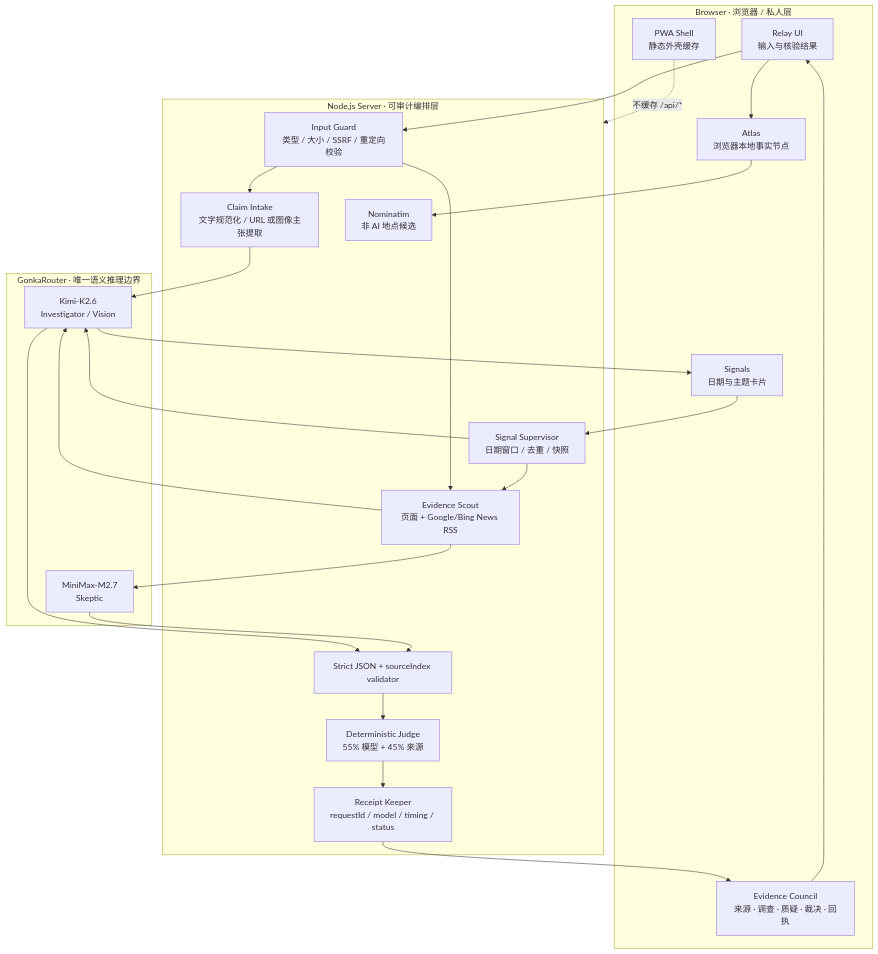
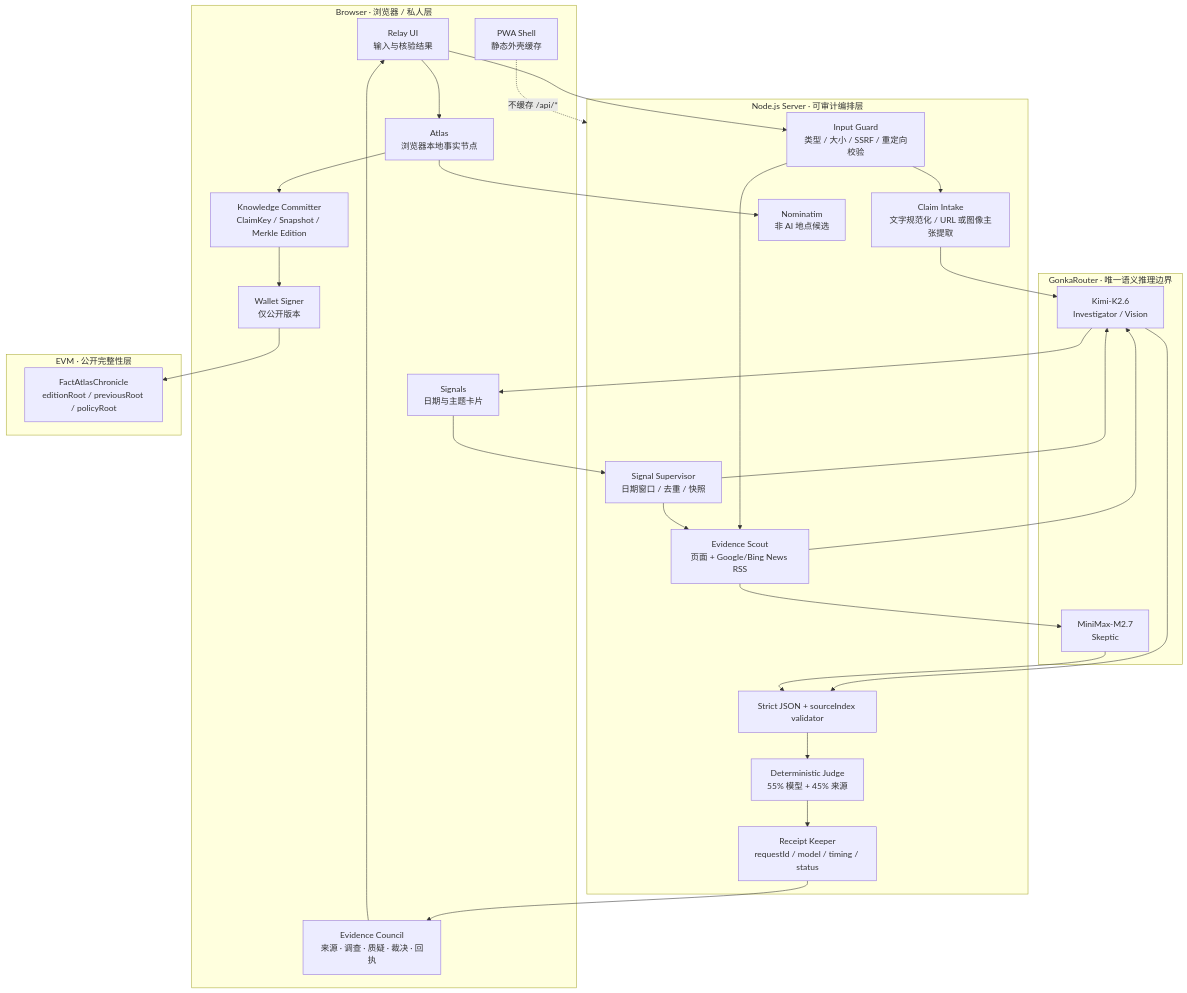
The second of 3 diagrams in README.md (narratorzhang0307/Fact-Atlas), drawn with Mermaid before and after one commit. The commit also changed other lines of this file and 4 other files, not shown here.

Commit message:
docs: make the knowledge DApp architecture explicit

````diff
--- a/README.md
+++ b/README.md
@@ -112,41 +155,49 @@
 ```mermaid
 flowchart TB
     subgraph Browser["Browser · 浏览器 / 私人层"]
         RelayUI["Relay UI<br/>输入与核验结果"]
         Council["Evidence Council<br/>来源 · 调查 · 质疑 · 裁决 · 回执"]
         AtlasUI["Atlas<br/>浏览器本地事实节点"]
         SignalsUI["Signals<br/>日期与主题卡片"]
         PWA["PWA Shell<br/>静态外壳缓存"]
+        Commit["Knowledge Committer<br/>ClaimKey / Snapshot / Merkle Edition"]
+        Wallet["Wallet Signer<br/>仅公开版本"]
     end
 
     subgraph Server["Node.js Server · 可审计编排层"]
         Guard["Input Guard<br/>类型 / 大小 / SSRF / 重定向校验"]
         Extract["Claim Intake<br/>文字规范化 / URL 或图像主张提取"]
         Retrieve["Evidence Scout<br/>页面 + Google/Bing News RSS"]
         Normalize["Strict JSON + sourceIndex validator"]
         Score["Deterministic Judge<br/>55% 模型 + 45% 来源"]
         Receipt["Receipt Keeper<br/>requestId / model / timing / status"]
         SignalEngine["Signal Supervisor<br/>日期窗口 / 去重 / 快照"]
         Geo["Nominatim<br/>非 AI 地点候选"]
     end
 
     subgraph Gonka["GonkaRouter · 唯一语义推理边界"]
         Kimi["Kimi-K2.6<br/>Investigator / Vision"]
         MiniMax["MiniMax-M2.7<br/>Skeptic"]
     end
 
+    subgraph EVM["EVM · 公开完整性层"]
+        Chronicle["FactAtlasChronicle<br/>editionRoot / previousRoot / policyRoot"]
+    end
+
     RelayUI --> Guard --> Extract
     Guard --> Retrieve
     Extract --> Kimi
     Retrieve --> Kimi
     Retrieve --> MiniMax
     Kimi --> Normalize
     MiniMax --> Normalize
     Normalize --> Score --> Receipt --> Council
     Council --> RelayUI
     RelayUI --> AtlasUI
     SignalsUI --> SignalEngine --> Retrieve
     SignalEngine --> Kimi --> SignalsUI
     AtlasUI --> Geo
+    AtlasUI --> Commit
+    Commit --> Wallet --> Chronicle
     PWA -. "不缓存 /api/*" .-> Server
 ```
````
